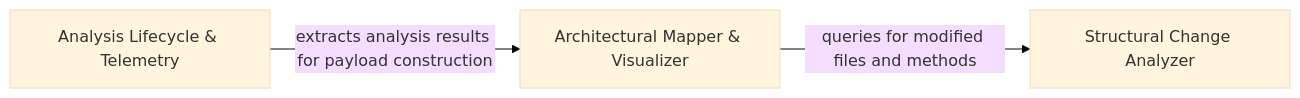
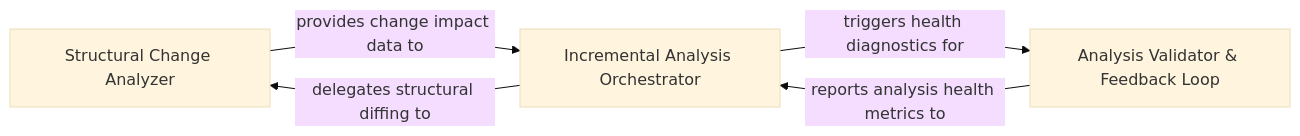
The diagram in .codeboarding/Structural_Diffing_Engine.md (CodeBoarding/CodeBoarding-action), drawn with Mermaid (base theme) before and after one commit. The commit also changed other lines of this file and 10 other files, not shown here.

Commit message:
chore(codeboarding): sync architecture baseline

````diff
--- a/.codeboarding/Structural_Diffing_Engine.md
+++ b/.codeboarding/Structural_Diffing_Engine.md
@@ -1,8 +1,10 @@
 ```mermaid
 graph LR
     Structural_Change_Analyzer["Structural Change Analyzer"]
-    Architectural_Mapper_Visualizer["Architectural Mapper & Visualizer"]
-    Analysis_Lifecycle_Telemetry["Analysis Lifecycle & Telemetry"]
-    Architectural_Mapper_Visualizer -- "queries for modified files and methods" --> Structural_Change_Analyzer
-    Analysis_Lifecycle_Telemetry -- "extracts analysis results for payload construction" --> Architectural_Mapper_Visualizer
+    Incremental_Analysis_Orchestrator["Incremental Analysis Orchestrator"]
+    Analysis_Validator_Feedback_Loop["Analysis Validator & Feedback Loop"]
+    Structural_Change_Analyzer -- "provides change impact data to" --> Incremental_Analysis_Orchestrator
+    Incremental_Analysis_Orchestrator -- "triggers health diagnostics for" --> Analysis_Validator_Feedback_Loop
+    Incremental_Analysis_Orchestrator -- "delegates structural diffing to" --> Structural_Change_Analyzer
+    Analysis_Validator_Feedback_Loop -- "reports analysis health metrics to" --> Incremental_Analysis_Orchestrator
 ```
````
